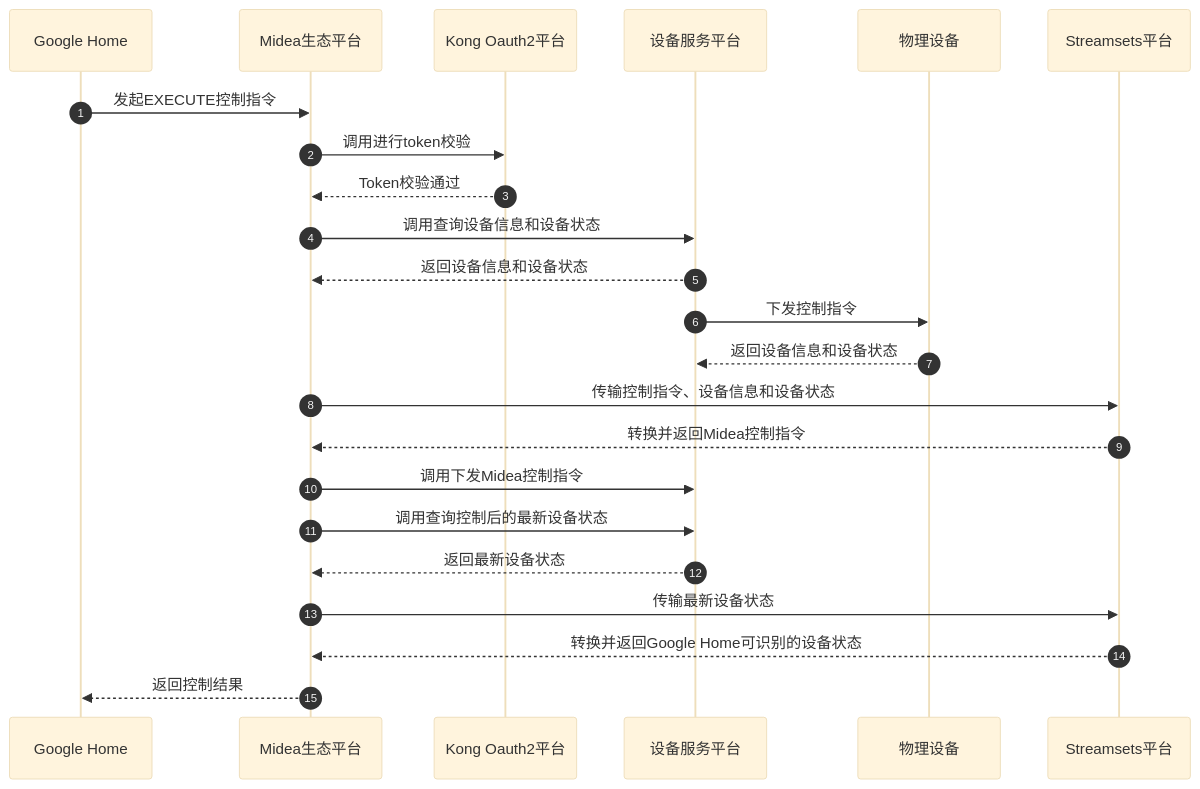
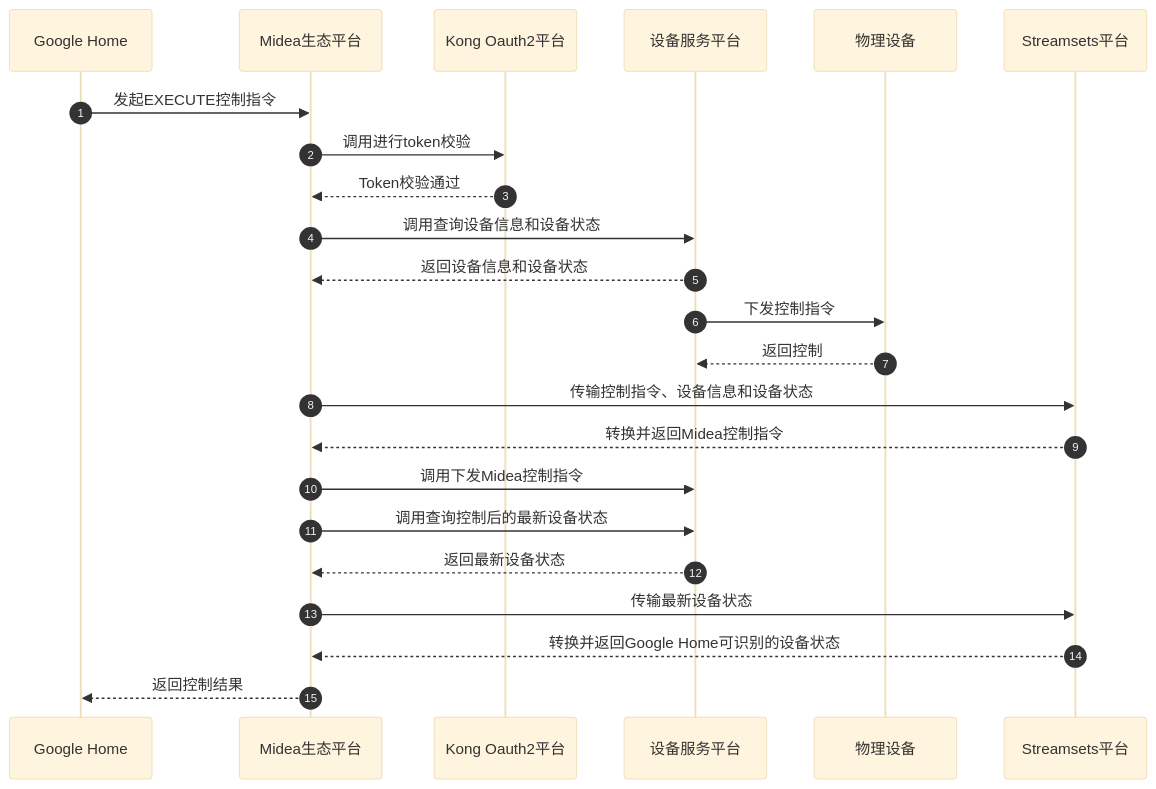
Before and after one commit to ixiaoyang8/iodraw-files: the diagram in all/未命名-19.md, drawn with Mermaid (base theme).

Commit message:
2026-06-11 11:16:40 update

````diff
--- a/all/未命名-19.md
+++ b/all/未命名-19.md
@@ -1,27 +1,27 @@
 ```mermaid
 sequenceDiagram
     autonumber
     participant GoogleHome as Google Home
     participant MideaEco as Midea生态平台
     participant KongOAuth as Kong Oauth2平台
     participant DevService as 设备服务平台
     participant Device as 物理设备
     participant Streamsets as Streamsets平台
 
     GoogleHome->>MideaEco: 发起EXECUTE控制指令
     MideaEco->>KongOAuth: 调用进行token校验
     KongOAuth-->>MideaEco: Token校验通过
     MideaEco->>DevService: 调用查询设备信息和设备状态
     DevService-->>MideaEco: 返回设备信息和设备状态
     DevService->>Device: 下发控制指令
-    Device-->>DevService: 返回设备信息和设备状态
+    Device-->>DevService: 返回控制
     MideaEco->>Streamsets: 传输控制指令、设备信息和设备状态
     Streamsets-->>MideaEco: 转换并返回Midea控制指令
     MideaEco->>DevService: 调用下发Midea控制指令
     MideaEco->>DevService: 调用查询控制后的最新设备状态
     DevService-->>MideaEco: 返回最新设备状态
     MideaEco->>Streamsets: 传输最新设备状态
     Streamsets-->>MideaEco: 转换并返回Google Home可识别的设备状态
     MideaEco-->>GoogleHome: 返回控制结果
 
 ```
````
